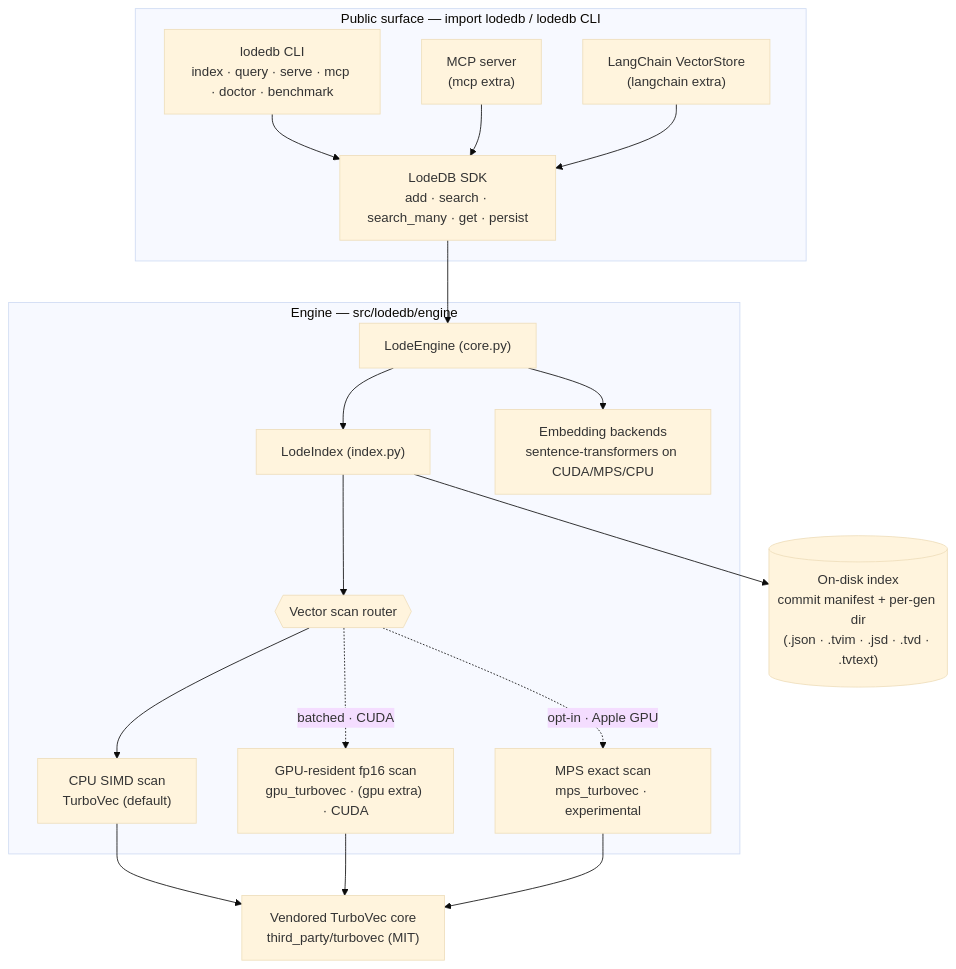
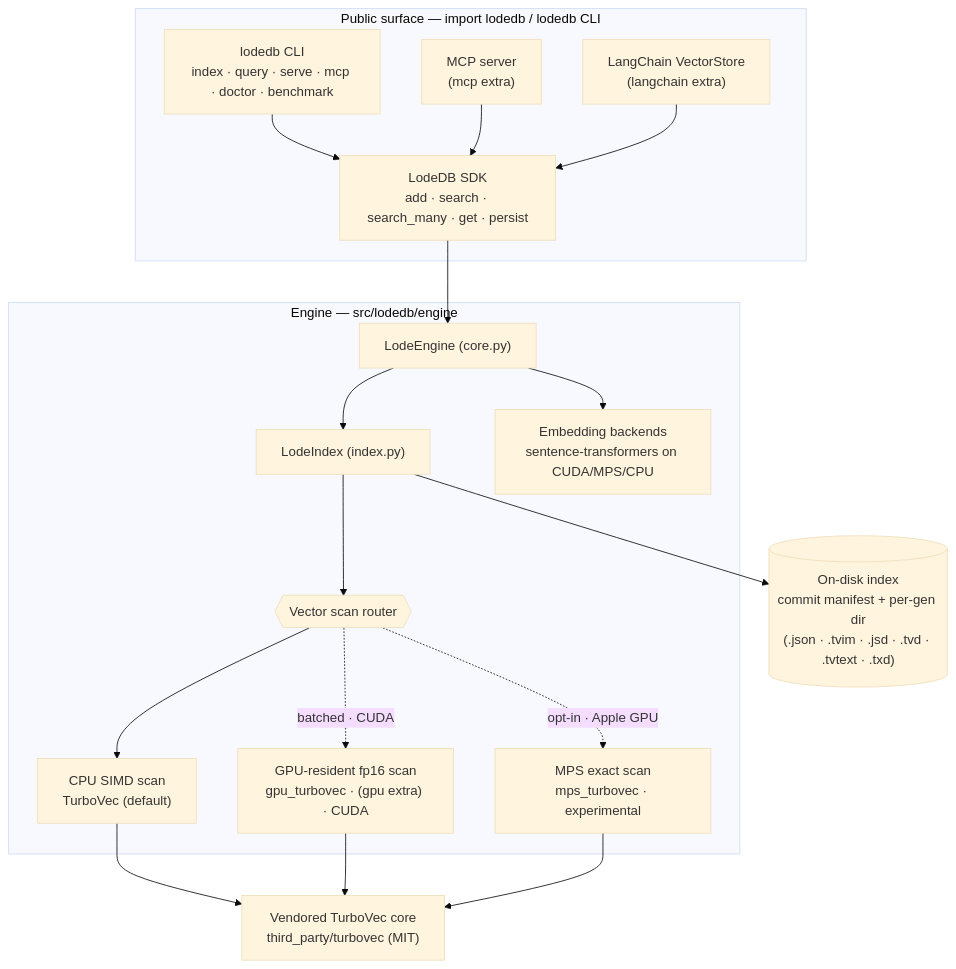
The first of 2 diagrams in docs/architecture.md (Egoist-Machines/LodeDB), drawn with Mermaid (base theme) before and after one commit. The commit also changed other lines of this file and 9 other files, not shown here.

````diff
--- a/docs/architecture.md
+++ b/docs/architecture.md
@@ -5,35 +5,35 @@
 ```mermaid
 flowchart TB
   subgraph API["Public surface — import lodedb / lodedb CLI"]
     SDK["LodeDB SDK<br/>add · search · search_many · get · persist"]
     CLI["lodedb CLI<br/>index · query · serve · mcp · doctor · benchmark"]
     MCP["MCP server<br/>(mcp extra)"]
     LC["LangChain VectorStore<br/>(langchain extra)"]
   end
   subgraph ENG["Engine — src/lodedb/engine"]
     CORE["LodeEngine (core.py)"]
     IDX["LodeIndex (index.py)"]
     EMB["Embedding backends<br/>sentence-transformers on CUDA/MPS/CPU"]
     SCAN{{"Vector scan router"}}
     CPU["CPU SIMD scan<br/>TurboVec (default)"]
     GPU["GPU-resident fp16 scan<br/>gpu_turbovec · (gpu extra) · CUDA"]
     MPSS["MPS exact scan<br/>mps_turbovec · experimental"]
   end
   TV["Vendored TurboVec core<br/>third_party/turbovec (MIT)"]
-  DISK[("On-disk index<br/>commit manifest + per-gen dir<br/>(.json · .tvim · .jsd · .tvd · .tvtext)")]
+  DISK[("On-disk index<br/>commit manifest + per-gen dir<br/>(.json · .tvim · .jsd · .tvd · .tvtext · .txd)")]
 
   CLI --> SDK
   MCP --> SDK
   LC --> SDK
   SDK --> CORE
   CORE --> EMB
   CORE --> IDX
   IDX --> SCAN
   SCAN --> CPU
   SCAN -.->|"batched · CUDA"| GPU
   SCAN -.->|"opt-in · Apple GPU"| MPSS
   CPU --> TV
   GPU --> TV
   MPSS --> TV
   IDX --> DISK
 ```
````
